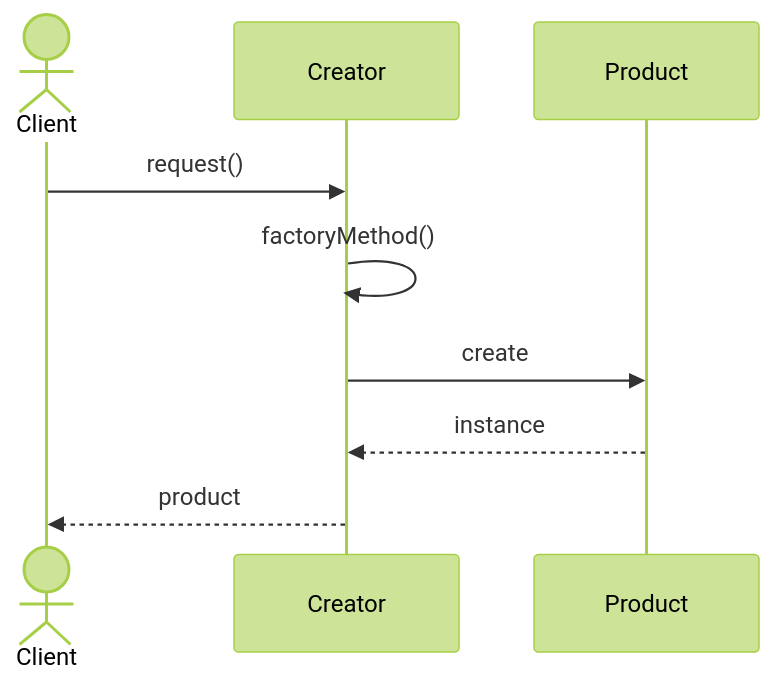
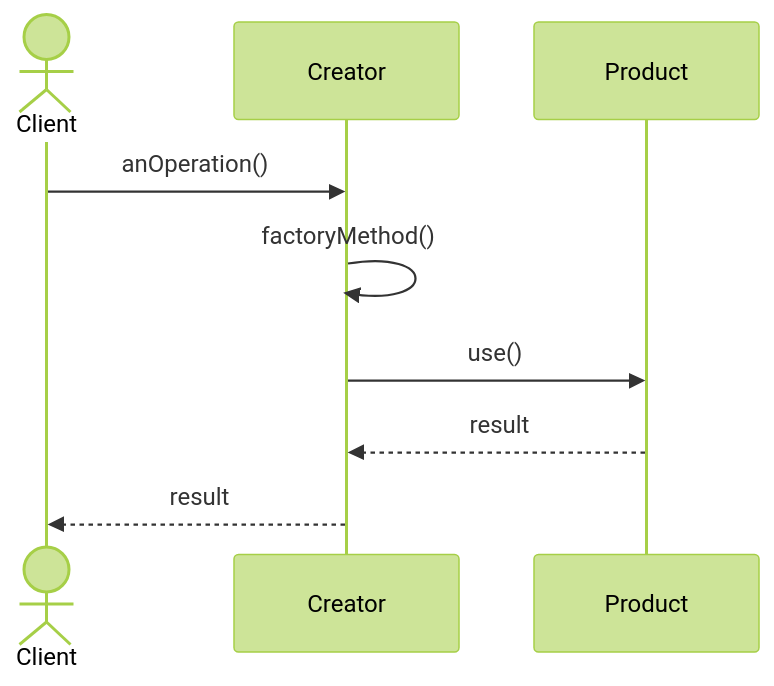
One commit to SaumilP/design-patterns changed the second of 2 diagrams in factory-method/README.md. Above: the diagram before and after it, drawn with Mermaid (forest theme). The commit also changed other lines of this file and 34 other files, not shown here.

Commit message:
Added class and sequence diagrams

````diff
--- a/factory-method/README.md
+++ b/factory-method/README.md
@@ -110,11 +111,9 @@
 ```mermaid
 sequenceDiagram
     actor Client
-    participant Creator
-    participant Product
-    Client->>Creator: request()
+    Client->>Creator: anOperation()
     Creator->>Creator: factoryMethod()
-    Creator->>Product: create
-    Product-->>Creator: instance
-    Creator-->>Client: product
+    Creator->>Product: use()
+    Product-->>Creator: result
+    Creator-->>Client: result
 ```
````
